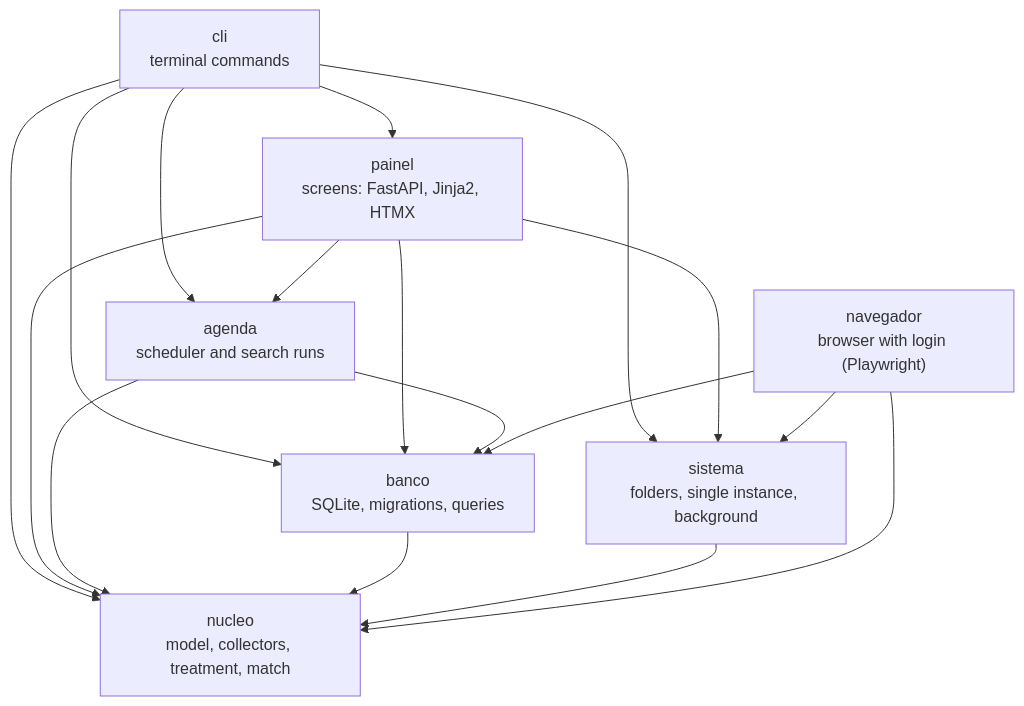
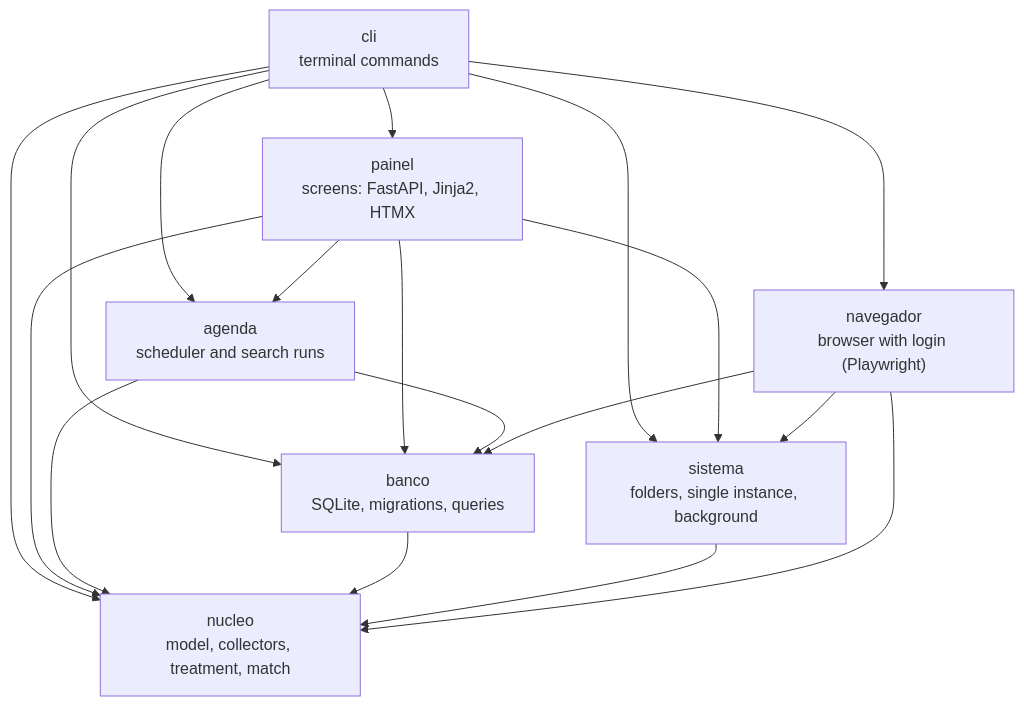
One commit to fezarosa-dev/joBot changed the first of 5 diagrams in wiki/Architecture.md. Above: the diagram before and after it, drawn with Mermaid. The commit also changed 5 other files, not shown here.

````diff
--- a/wiki/Architecture.md
+++ b/wiki/Architecture.md
@@ -43,27 +43,28 @@
 ```mermaid
 flowchart TD
     %% camadas
     cli["cli<br/>terminal commands"]
     painel["painel<br/>screens: FastAPI, Jinja2, HTMX"]
     agenda["agenda<br/>scheduler and search runs"]
     sistema["sistema<br/>folders, single instance, background"]
     banco["banco<br/>SQLite, migrations, queries"]
     navegador["navegador<br/>browser with login (Playwright)"]
     nucleo["nucleo<br/>model, collectors, treatment, match"]
     cli --> painel
     cli --> agenda
     cli --> sistema
     cli --> banco
     cli --> nucleo
+    cli --> navegador
     painel --> agenda
     painel --> sistema
     painel --> banco
     painel --> nucleo
     agenda --> banco
     agenda --> nucleo
     banco --> nucleo
     sistema --> nucleo
     navegador --> sistema
     navegador --> nucleo
     navegador --> banco
 ```
````
